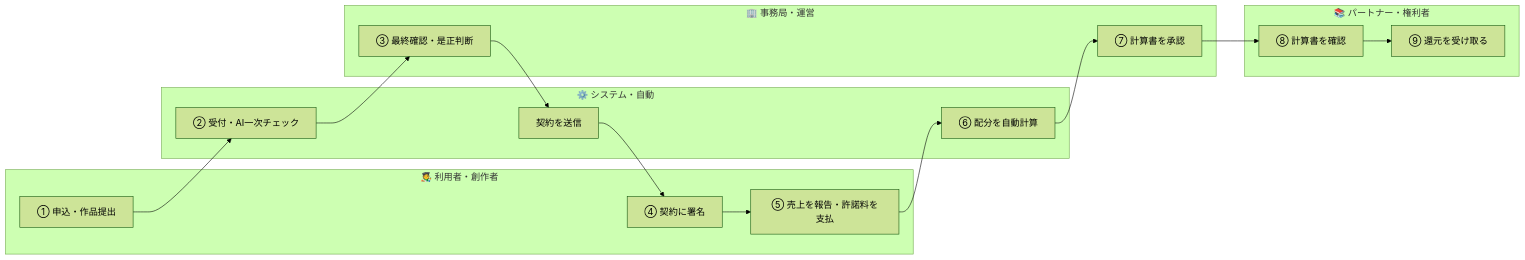
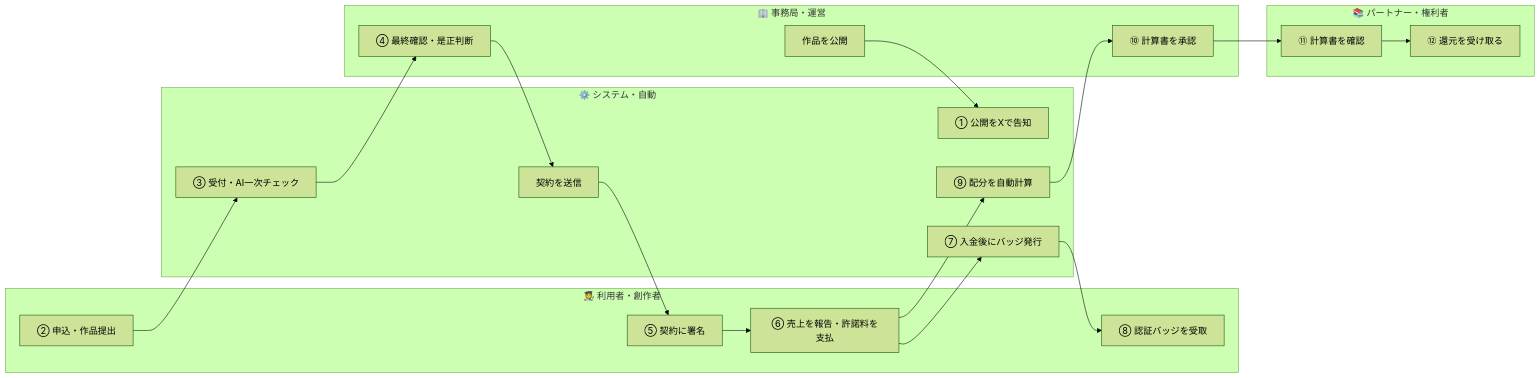
One commit to tatsuyakuramchi/SPLL changed the first of 2 diagrams in docs/SPLL_役割説明資料_v0.1.md. Above: the diagram before and after it, drawn with Mermaid (forest theme). The commit also changed other lines of this file and 6 other files, not shown here.

````diff
--- a/docs/SPLL_役割説明資料_v0.1.md
+++ b/docs/SPLL_役割説明資料_v0.1.md
@@ -25,22 +25,28 @@
 ```mermaid
 flowchart LR
   subgraph U["🧑‍🎨 利用者・創作者"]
-    A1["① 申込・作品提出"]
-    A2["④ 契約に署名"]
-    A3["⑤ 売上を報告・許諾料を支払"]
+    A1["② 申込・作品提出"]
+    A2["⑤ 契約に署名"]
+    A3["⑥ 売上を報告・許諾料を支払"]
+    A9["⑧ 認証バッジを受取"]
   end
   subgraph S["⚙️ システム・自動"]
-    B1["② 受付・AI一次チェック"]
+    B0["① 公開をXで告知"]
+    B1["③ 受付・AI一次チェック"]
     B2["契約を送信"]
-    B3["⑥ 配分を自動計算"]
+    B7["⑦ 入金後にバッジ発行"]
+    B3["⑨ 配分を自動計算"]
   end
   subgraph O["🏢 事務局・運営"]
-    C1["③ 最終確認・是正判断"]
-    C3["⑦ 計算書を承認"]
+    C0["作品を公開"]
+    C1["④ 最終確認・是正判断"]
+    C3["⑩ 計算書を承認"]
   end
   subgraph P["📚 パートナー・権利者"]
-    D1["⑧ 計算書を確認"]
-    D2["⑨ 還元を受け取る"]
+    D1["⑪ 計算書を確認"]
+    D2["⑫ 還元を受け取る"]
   end
-  A1 --> B1 --> C1 --> B2 --> A2 --> A3 --> B3 --> C3 --> D1 --> D2
+  C0 --> B0
+  A1 --> B1 --> C1 --> B2 --> A2 --> A3 --> B7 --> A9
+  A3 --> B3 --> C3 --> D1 --> D2
 ```
````
